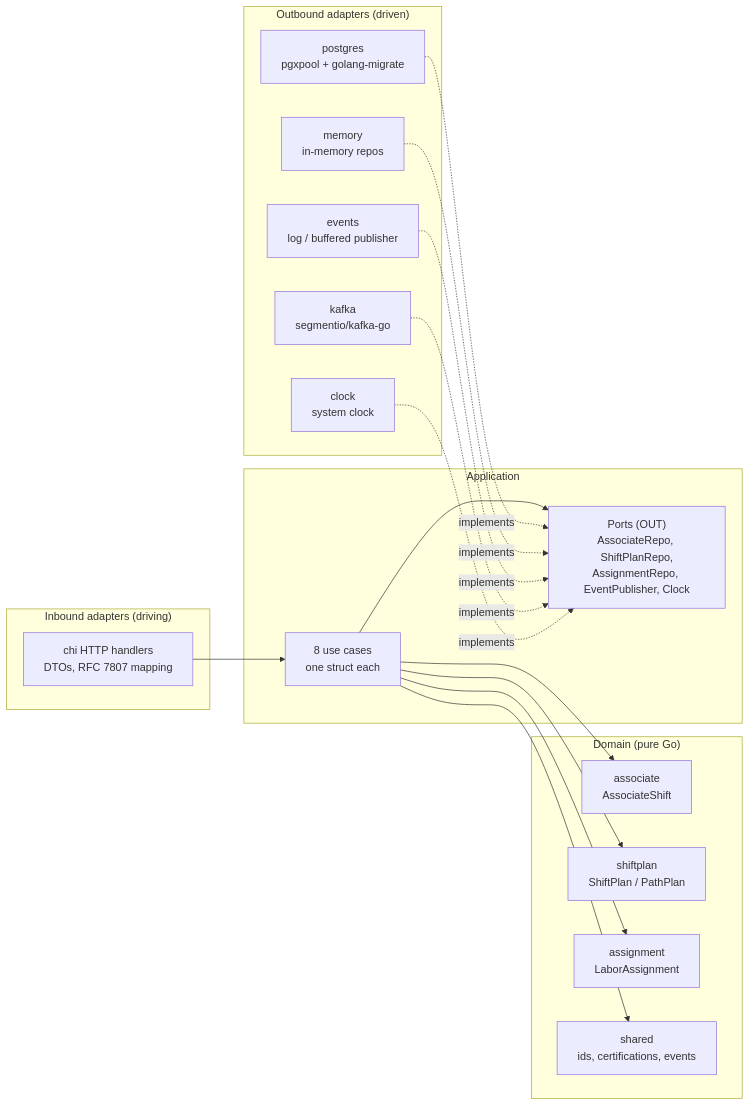
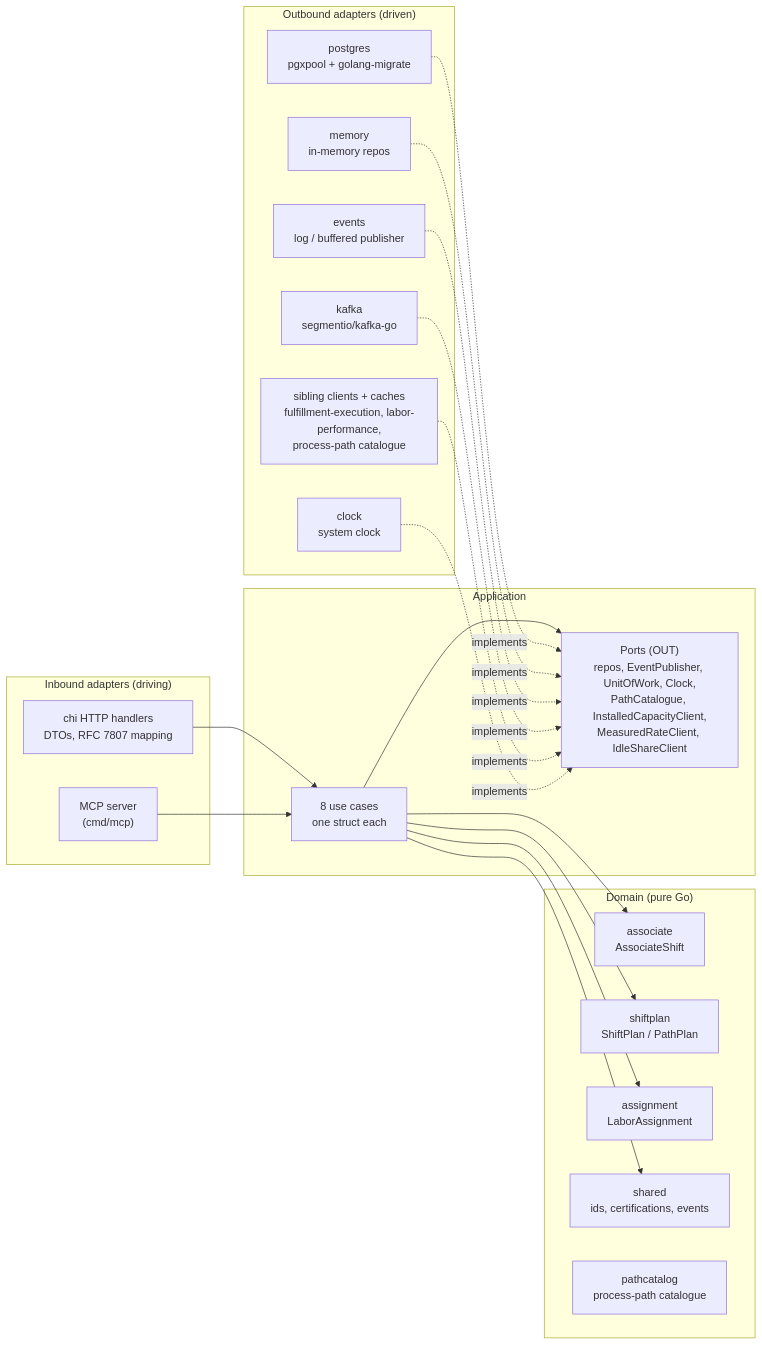
The diagram in docs/docs/overview/architecture.md (claudioed/workforce-management), drawn with Mermaid before and after one commit. The commit also changed other lines of this file and 18 other files, not shown here.

````diff
--- a/docs/docs/overview/architecture.md
+++ b/docs/docs/overview/architecture.md
@@ -19,38 +19,43 @@
 ```mermaid
 flowchart LR
   subgraph inbound["Inbound adapters (driving)"]
     HTTP["chi HTTP handlers<br/>DTOs, RFC 7807 mapping"]
+    MCP["MCP server<br/>(cmd/mcp)"]
   end
 
   subgraph app["Application"]
     UC["8 use cases<br/>one struct each"]
-    P["Ports (OUT)<br/>AssociateRepo, ShiftPlanRepo,<br/>AssignmentRepo, EventPublisher, Clock"]
+    P["Ports (OUT)<br/>repos, EventPublisher, UnitOfWork, Clock,<br/>PathCatalogue, InstalledCapacityClient,<br/>MeasuredRateClient, IdleShareClient"]
   end
 
   subgraph domain["Domain (pure Go)"]
     A["associate<br/>AssociateShift"]
     S["shiftplan<br/>ShiftPlan / PathPlan"]
     L["assignment<br/>LaborAssignment"]
     SH["shared<br/>ids, certifications, events"]
+    PC["pathcatalog<br/>process-path catalogue"]
   end
 
   subgraph outbound["Outbound adapters (driven)"]
     PG["postgres<br/>pgxpool + golang-migrate"]
     MEM["memory<br/>in-memory repos"]
     EV["events<br/>log / buffered publisher"]
     KA["kafka<br/>segmentio/kafka-go"]
+    SIB["sibling clients + caches<br/>fulfillment-execution, labor-performance,<br/>process-path catalogue"]
     CL["clock<br/>system clock"]
   end
 
   HTTP --> UC
+  MCP --> UC
   UC --> A
   UC --> S
   UC --> L
   UC --> SH
   UC --> P
   PG -.implements.-> P
   MEM -.implements.-> P
   EV -.implements.-> P
   KA -.implements.-> P
+  SIB -.implements.-> P
   CL -.implements.-> P
 ```
````
